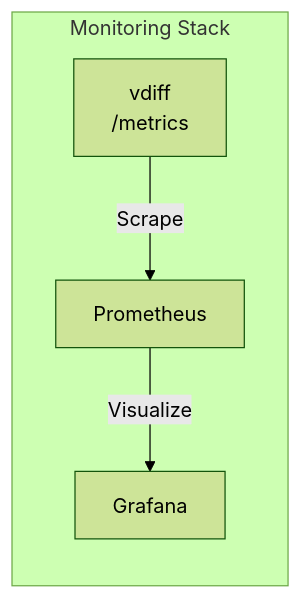
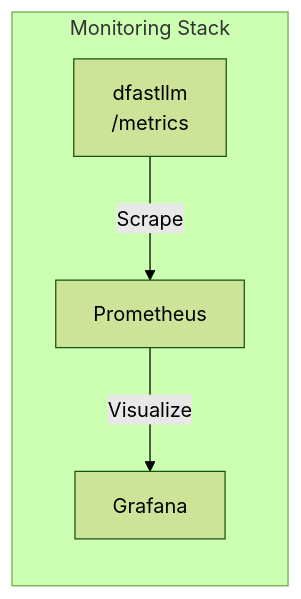
One commit to mwaykole/vdiff changed diagram 11 of 12 in docs/dev-doc/09-deployment.md. Above: the diagram before and after it, drawn with Mermaid (forest theme). The commit also changed other lines of this file and 53 other files, not shown here.

First line of the commit message:
refactor: Rename all vdiff references to dfastllm

````diff
--- a/docs/dev-doc/09-deployment.md
+++ b/docs/dev-doc/09-deployment.md
@@ -545,10 +545,10 @@
 ```mermaid
 flowchart LR
     subgraph Monitoring["Monitoring Stack"]
-        VDIFF["vdiff<br/>/metrics"]
+        VDIFF["dfastllm<br/>/metrics"]
         PROM["Prometheus"]
         GRAF["Grafana"]
     end
     
     VDIFF -->|"Scrape"| PROM -->|"Visualize"| GRAF
 ```
````
